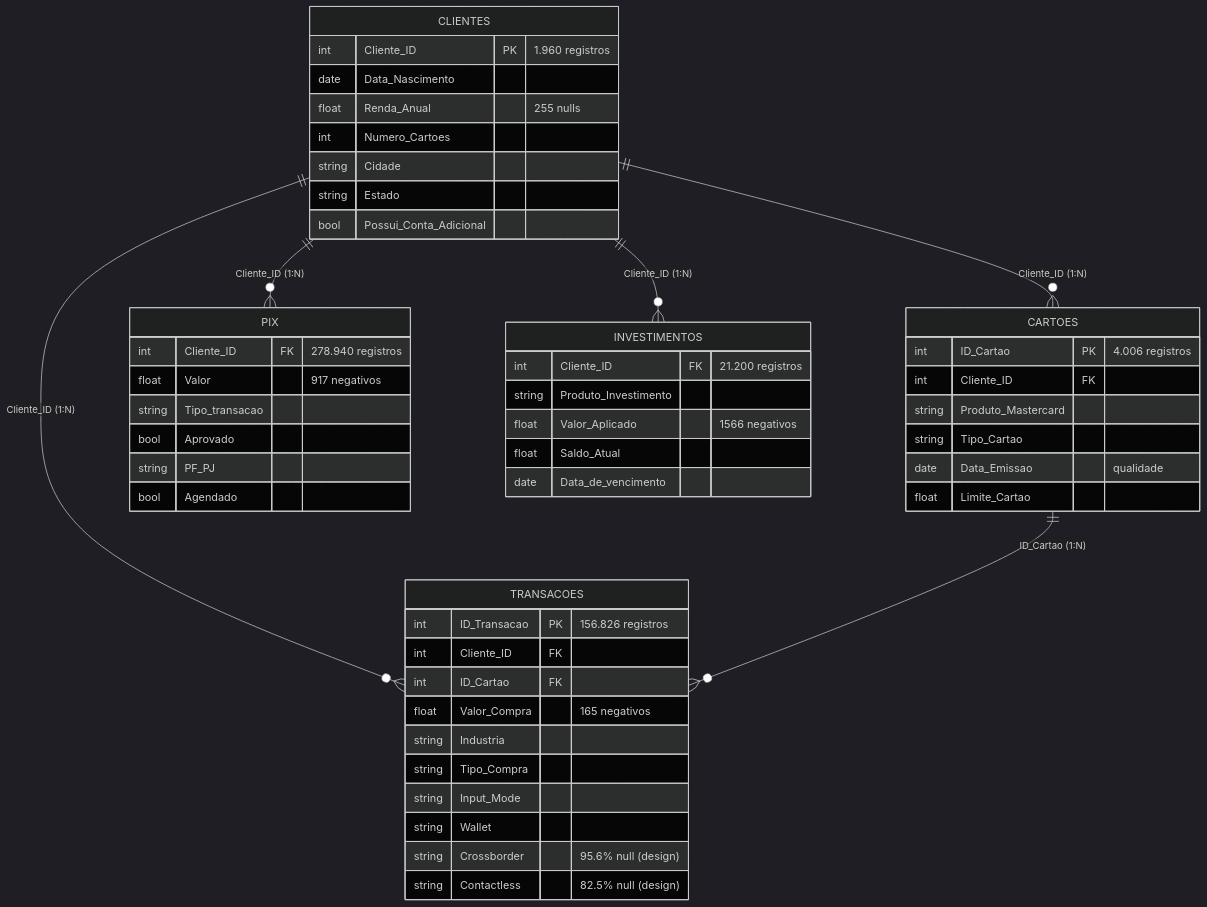
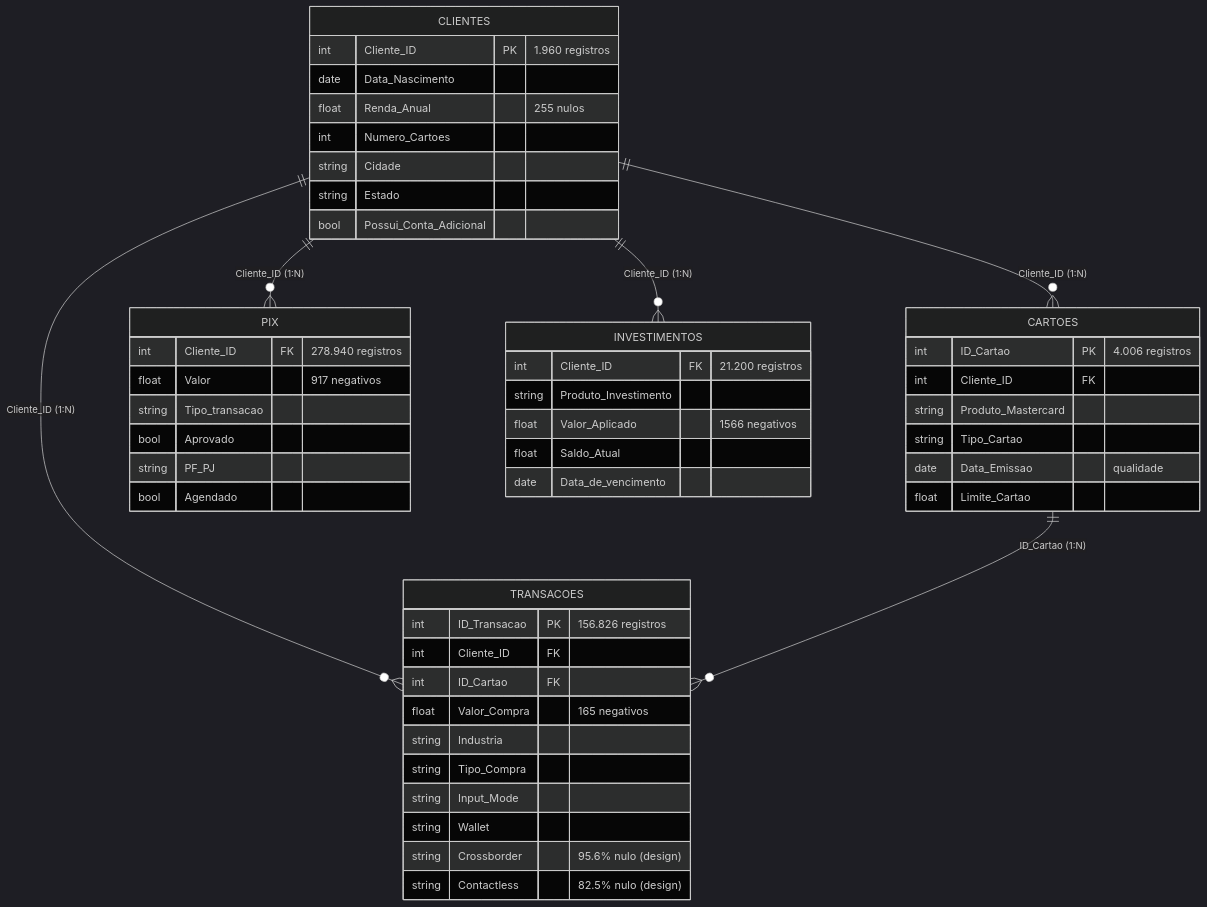
One commit to guihassen/Mastercaras changed the diagram in docs/analise-exploratoria.md. Above: the diagram before and after it, drawn with Mermaid (dark theme). The commit also changed other lines of this file, not shown here.

````diff
--- a/docs/analise-exploratoria.md
+++ b/docs/analise-exploratoria.md
@@ -139,57 +130,57 @@
 ```mermaid
 erDiagram
     CLIENTES ||--o{ CARTOES : "Cliente_ID (1:N)"
     CLIENTES ||--o{ PIX : "Cliente_ID (1:N)"
     CLIENTES ||--o{ TRANSACOES : "Cliente_ID (1:N)"
     CLIENTES ||--o{ INVESTIMENTOS : "Cliente_ID (1:N)"
     CARTOES  ||--o{ TRANSACOES : "ID_Cartao (1:N)"
 
     CLIENTES {
         int Cliente_ID PK "1.960 registros"
         date Data_Nascimento
-        float Renda_Anual "255 nulls"
+        float Renda_Anual "255 nulos"
         int Numero_Cartoes
         string Cidade
         string Estado
         bool Possui_Conta_Adicional
     }
 
     CARTOES {
         int ID_Cartao PK "4.006 registros"
         int Cliente_ID FK
         string Produto_Mastercard
         string Tipo_Cartao
         date Data_Emissao "qualidade"
         float Limite_Cartao
     }
 
     PIX {
         int Cliente_ID FK "278.940 registros"
         float Valor "917 negativos"
         string Tipo_transacao
         bool Aprovado
         string PF_PJ
         bool Agendado
     }
 
     TRANSACOES {
         int ID_Transacao PK "156.826 registros"
         int Cliente_ID FK
         int ID_Cartao FK
         float Valor_Compra "165 negativos"
         string Industria
         string Tipo_Compra
         string Input_Mode
         string Wallet
-        string Crossborder "95.6% null (design)"
-        string Contactless "82.5% null (design)"
+        string Crossborder "95.6% nulo (design)"
+        string Contactless "82.5% nulo (design)"
     }
 
     INVESTIMENTOS {
         int Cliente_ID FK "21.200 registros"
         string Produto_Investimento
         float Valor_Aplicado "1566 negativos"
         float Saldo_Atual
         date Data_de_vencimento
     }
 ```
````
